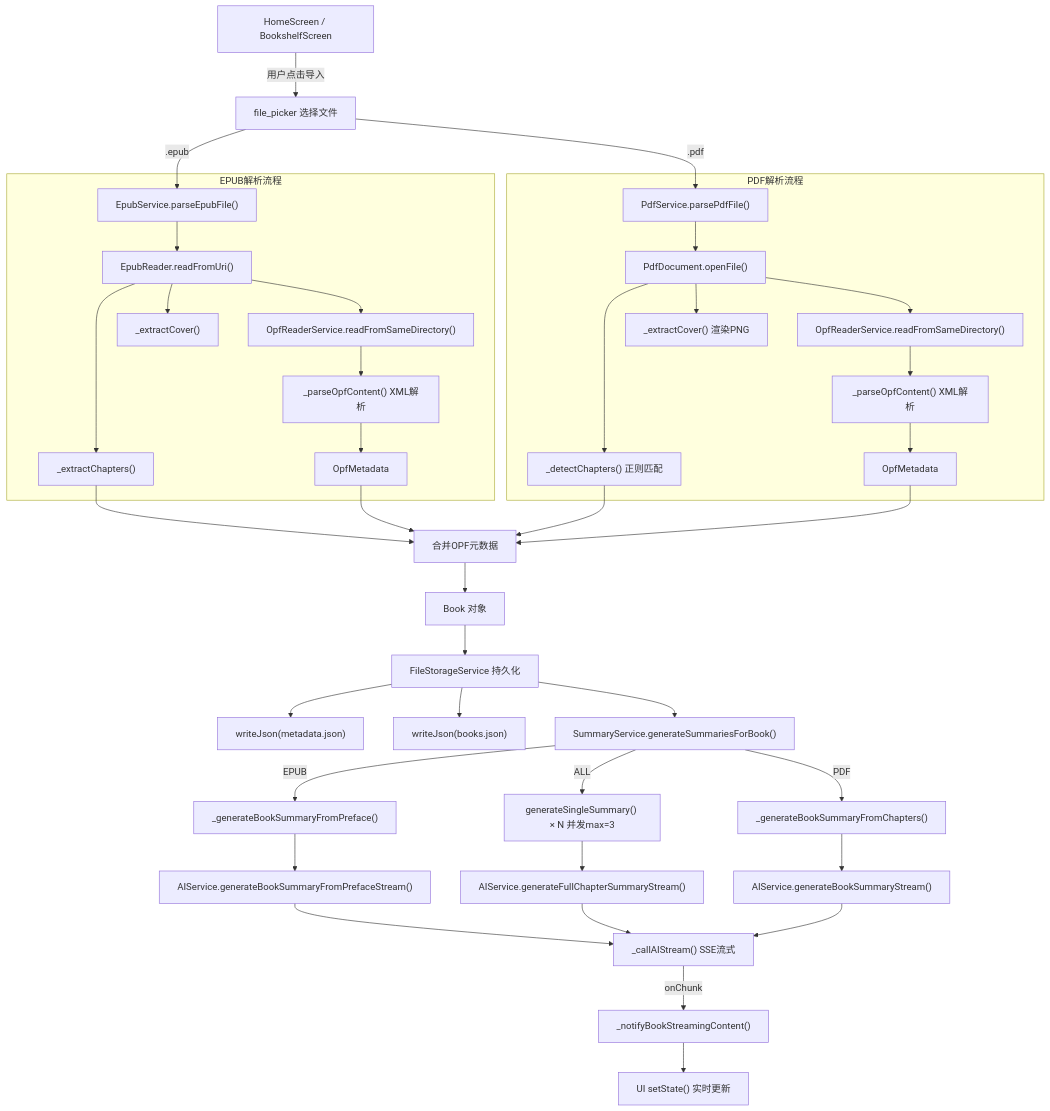
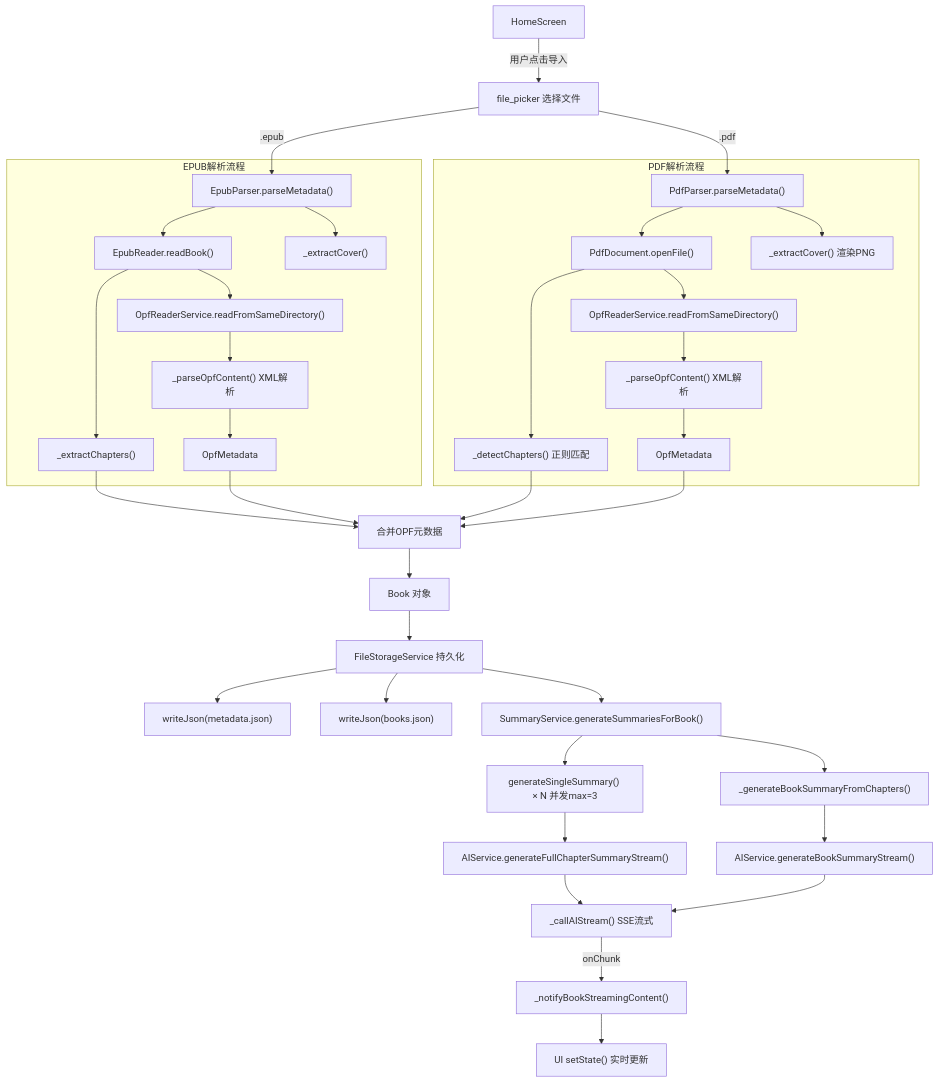
One commit to jjzhang2000/zhidu changed the second of 11 diagrams in docs/function_call_relationships_visual.md. Above: the diagram before and after it, drawn with Mermaid. The commit also changed other lines of this file and 43 other files, not shown here.

````diff
--- a/docs/function_call_relationships_visual.md
+++ b/docs/function_call_relationships_visual.md
@@ -134,50 +122,47 @@
 ```mermaid
 flowchart TD
-    UI["HomeScreen / BookshelfScreen"] --> |"用户点击导入"| FP["file_picker 选择文件"]
-    FP --> |".epub"| EPUB["EpubService.parseEpubFile()"]
-    FP --> |".pdf"| PDF["PdfService.parsePdfFile()"]
+    UI["HomeScreen"] --> |"用户点击导入"| FP["file_picker 选择文件"]
+    FP --> |".epub"| EPUB["EpubParser.parseMetadata()"]
+    FP --> |".pdf"| PDF["PdfParser.parseMetadata()"]
 
     subgraph EPUB解析流程
-        EPUB --> E1["EpubReader.readFromUri()"]
+        EPUB --> E1["EpubReader.readBook()"]
         E1 --> E2["_extractChapters()"]
-        E1 --> E3["_extractCover()"]
+        EPUB --> E3["_extractCover()"]
         E1 --> E4["OpfReaderService.readFromSameDirectory()"]
         E4 --> E5["_parseOpfContent() XML解析"]
         E5 --> E6["OpfMetadata"]
     end
 
     subgraph PDF解析流程
         PDF --> P1["PdfDocument.openFile()"]
         P1 --> P2["_detectChapters() 正则匹配"]
-        P1 --> P3["_extractCover() 渲染PNG"]
+        PDF --> P3["_extractCover() 渲染PNG"]
         P1 --> P4["OpfReaderService.readFromSameDirectory()"]
         P4 --> P5["_parseOpfContent() XML解析"]
         P5 --> P6["OpfMetadata"]
     end
 
     E2 --> MERGE["合并OPF元数据"]
     P2 --> MERGE
     E6 --> MERGE
     P6 --> MERGE
 
     MERGE --> BOOK["Book 对象"]
     BOOK --> SAVE["FileStorageService 持久化"]
     SAVE --> SAVE1["writeJson(metadata.json)"]
     SAVE --> SAVE2["writeJson(books.json)"]
 
     SAVE --> GEN["SummaryService.generateSummariesForBook()"]
-    GEN --> |EPUB| BSP["_generateBookSummaryFromPreface()"]
-    GEN --> |ALL| CSS["generateSingleSummary() × N 并发max=3"]
-    GEN --> |PDF| BSC["_generateBookSummaryFromChapters()"]
+    GEN --> CSS["generateSingleSummary() × N 并发max=3"]
+    GEN --> BSC["_generateBookSummaryFromChapters()"]
 
-    BSP --> AI1["AIService.generateBookSummaryFromPrefaceStream()"]
     CSS --> AI2["AIService.generateFullChapterSummaryStream()"]
     BSC --> AI3["AIService.generateBookSummaryStream()"]
 
-    AI1 --> SSE["_callAIStream() SSE流式"]
-    AI2 --> SSE
+    AI2 --> SSE["_callAIStream() SSE流式"]
     AI3 --> SSE
 
     SSE --> |"onChunk"| NOTIFY["_notifyBookStreamingContent()"]
     NOTIFY --> UI_UPDATE["UI setState() 实时更新"]
 ```
````
